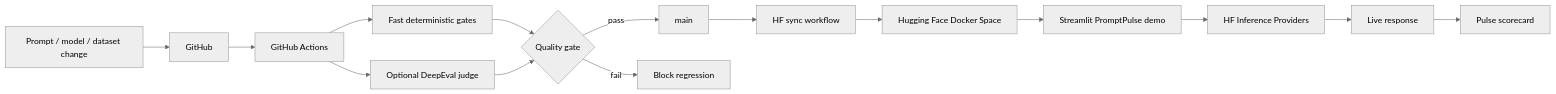
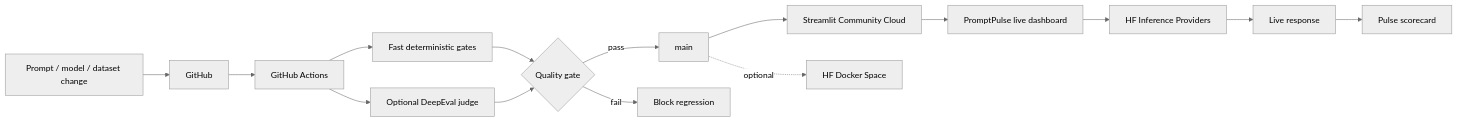
One commit to h00w/PromptPulse changed the diagram in README.md. Above: the diagram before and after it, drawn with Mermaid (neutral theme). The commit also changed other lines of this file, not shown here.

Commit message:
docs: make Streamlit Cloud the primary free demo path

````diff
--- a/README.md
+++ b/README.md
@@ -41,17 +41,17 @@
 ```mermaid
 flowchart LR
     A[Prompt / model / dataset change] --> B[GitHub]
     B --> C[GitHub Actions]
     C --> D[Fast deterministic gates]
     C --> E[Optional DeepEval judge]
     D --> F{Quality gate}
     E --> F
     F -->|pass| G[main]
     F -->|fail| H[Block regression]
-    G --> I[HF sync workflow]
-    I --> J[Hugging Face Docker Space]
-    J --> K[Streamlit PromptPulse demo]
-    K --> L[HF Inference Providers]
-    L --> M[Live response]
-    M --> N[Pulse scorecard]
+    G --> I[Streamlit Community Cloud]
+    I --> J[PromptPulse live dashboard]
+    J --> K[HF Inference Providers]
+    K --> L[Live response]
+    L --> M[Pulse scorecard]
+    G -. optional .-> N[HF Docker Space]
 ```
````
